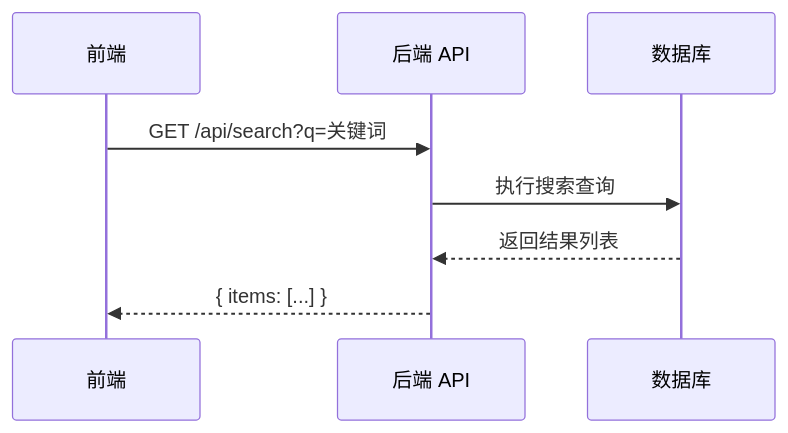
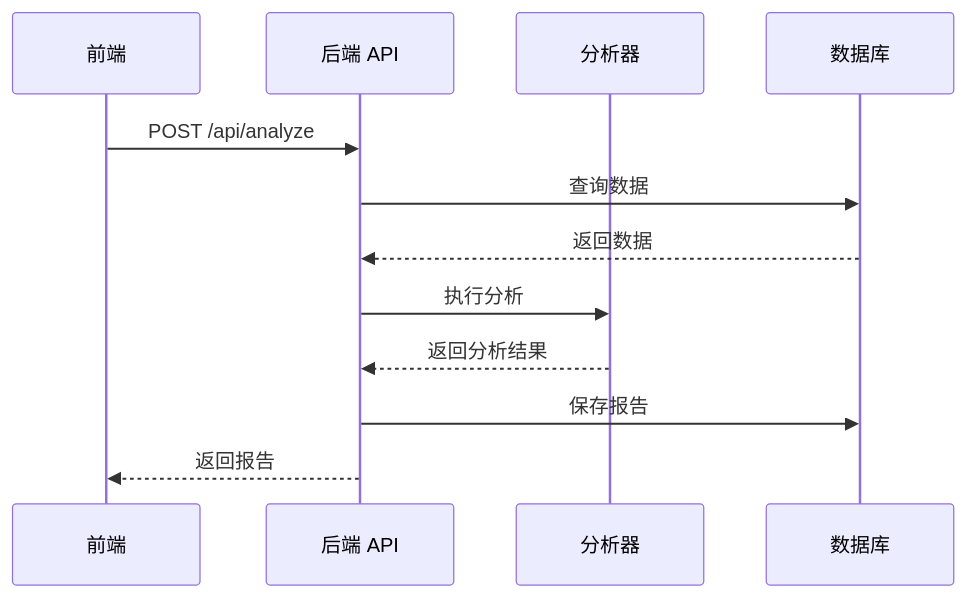
The third of 3 diagrams in doc/design/api-overview.md (hhyouyou/eaves), drawn with Mermaid before and after one commit. The commit also changed other lines of this file, not shown here.

````diff
--- a/doc/design/api-overview.md
+++ b/doc/design/api-overview.md
@@ -63,11 +180,15 @@
 ```mermaid
 sequenceDiagram
     participant F as 前端
     participant API as 后端 API
+    participant ANA as 分析器
     participant DB as 数据库
 
-    F->>API: GET /api/search?q=关键词
-    API->>DB: 执行搜索查询
-    DB-->>API: 返回结果列表
-    API-->>F: { items: [...] }
+    F->>API: POST /api/analyze
+    API->>DB: 查询数据
+    DB-->>API: 返回数据
+    API->>ANA: 执行分析
+    ANA-->>API: 返回分析结果
+    API->>DB: 保存报告
+    API-->>F: 返回报告
 ```
````
